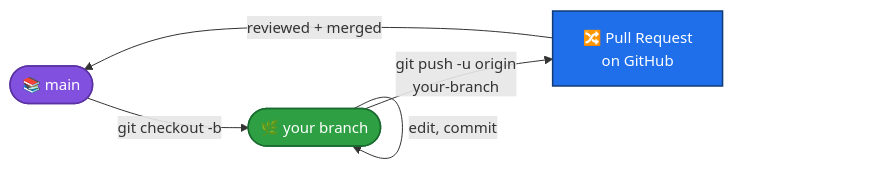
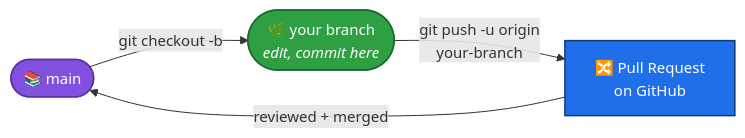
Before and after one commit to bhuvi-garg/Med-Verify: the second of 2 diagrams in Knowledge/Git-and-GitHub/cheat-sheet.md, drawn with Mermaid. The commit also changed 4 other files, not shown here.

First line of the commit message:
mv: fix branch diagram overlap and VS Code method

````diff
--- a/Knowledge/Git-and-GitHub/cheat-sheet.md
+++ b/Knowledge/Git-and-GitHub/cheat-sheet.md
@@ -46,16 +46,15 @@
 ```mermaid
 %%{init: {"flowchart": {"curve": "basis"}, "themeVariables": {"fontSize": "15px"}} }%%
 flowchart LR
-    MAIN(["📚 main"]) -- "git checkout -b" --> BRANCH(["🌿 your branch"])
-    BRANCH -- "edit, commit" --> BRANCH
+    MAIN(["📚 main"]) -- "git checkout -b" --> BRANCH(["🌿 your branch<br/><i>edit, commit here</i>"])
     BRANCH -- "git push -u origin<br/>your-branch" --> PR["🔀 Pull Request<br/>on GitHub"]
     PR -- "reviewed + merged" --> MAIN
 
     classDef main fill:#8250df,stroke:#5a32a3,color:#ffffff,stroke-width:1.5px;
     classDef branch fill:#2ea043,stroke:#1a6b30,color:#ffffff,stroke-width:1.5px;
     classDef pr fill:#1f6feb,stroke:#123a75,color:#ffffff,stroke-width:1.5px;
 
     class MAIN main;
     class BRANCH branch;
     class PR pr;
 ```
````
